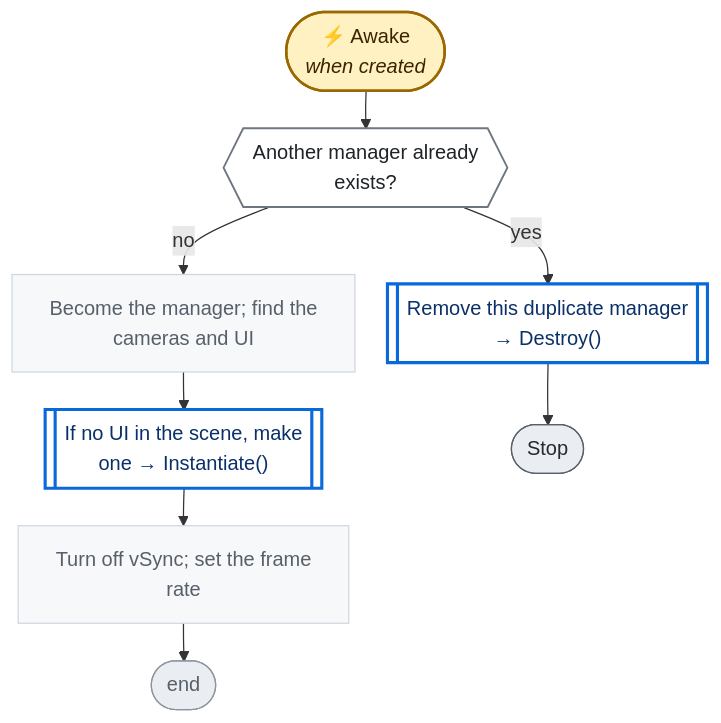
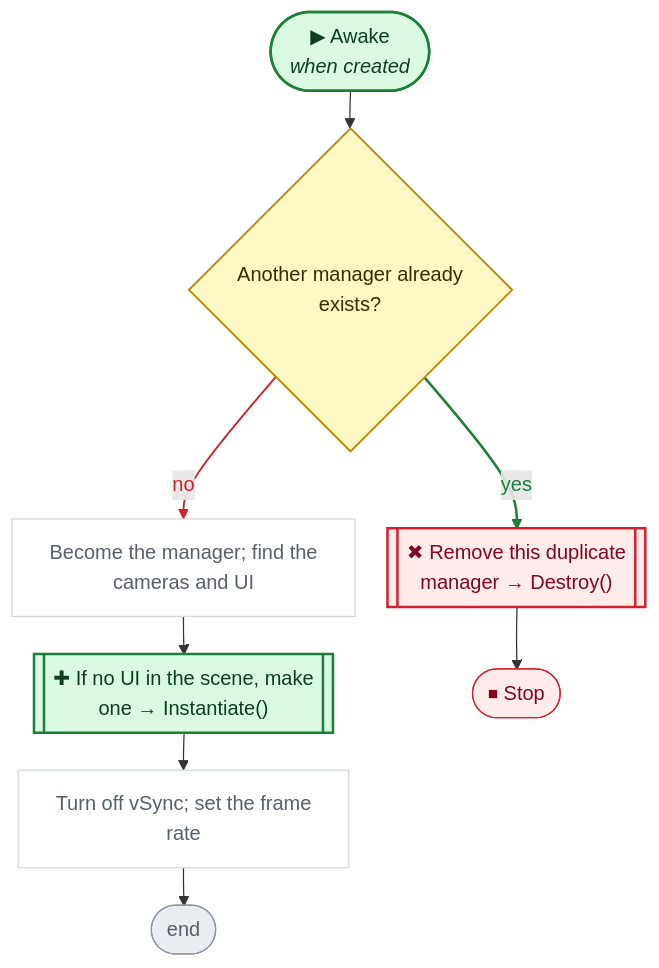
One commit to nataiai/Lord-of-the-Dungeon changed the second of 7 diagrams in CodeGraph~/graph/GameManager.cs.md. Above: the diagram before and after it, drawn with Mermaid. The commit also changed other lines of this file and 44 other files, not shown here.

````diff
--- a/CodeGraph~/graph/GameManager.cs.md
+++ b/CodeGraph~/graph/GameManager.cs.md
@@ -74,41 +74,48 @@
 ```mermaid
 ---
 config:
   flowchart:
     wrappingWidth: 260
     nodeSpacing: 26
     rankSpacing: 30
 ---
 flowchart TD
-  nS(["⚡ Awake<br><i>when created</i>"])
-  n824e86{{"Another manager already<br>exists?"}}
-  n0f111a[["Remove this duplicate manager<br>→ Destroy()"]]
+  nS(["▶ Awake<br><i>when created</i>"])
+  n824e86{"Another manager already<br>exists?"}
+  n0f111a[["✖ Remove this duplicate<br>manager → Destroy()"]]
   nbe6098["Become the manager; find the<br>cameras and UI"]
-  nb42b42[["If no UI in the scene, make<br>one → Instantiate()"]]
+  nb42b42[["✚ If no UI in the scene, make<br>one → Instantiate()"]]
   nd2144a["Turn off vSync; set the frame<br>rate"]
   nE(["end"])
-  nb2e4fc(["Stop"])
+  nb2e4fc(["⏹ Stop"])
   nS --> n824e86
   n0f111a --> nb2e4fc
   n824e86 -->|no| nbe6098
   n824e86 -->|yes| n0f111a
   nbe6098 --> nb42b42
   nb42b42 --> nd2144a
   nd2144a --> nE
-  classDef unity fill:#fff1c2,stroke:#9a6700,stroke-width:2px,color:#3b2300
-  classDef start fill:#ddf4ff,stroke:#0969da,stroke-width:2px,color:#0a3069
-  classDef calc fill:#f6f8fa,stroke:#d0d7de,color:#57606a
-  classDef calls fill:#ffffff,stroke:#0969da,stroke-width:2.5px,color:#0a3069
-  classDef cond fill:#ffffff,stroke:#6e7781,stroke-width:1.5px,color:#1f2328
-  classDef loop fill:#fbefff,stroke:#8250df,color:#3e1f79
-  classDef exit fill:#eaeef2,stroke:#57606a,color:#24292f
-  classDef wait fill:#fff8f0,stroke:#bc4c00,color:#4d1d00
+  linkStyle 2 stroke:#cf222e,stroke-width:1.5px,color:#cf222e
+  linkStyle 3 stroke:#1a7f37,stroke-width:2px,color:#1a7f37
+  classDef unity fill:#dafbe1,stroke:#1a7f37,stroke-width:2px,color:#0f3d1d
+  classDef start fill:#dafbe1,stroke:#1a7f37,stroke-width:2px,color:#0f3d1d
+  classDef calc fill:#ffffff,stroke:#d0d7de,color:#57606a
+  classDef calls fill:#ddf4ff,stroke:#0969da,stroke-width:2px,color:#0a3069
+  classDef ext fill:#ddf4ff,stroke:#0969da,stroke-width:2px,stroke-dasharray:5 3,color:#0a3069
+  classDef cond fill:#fff8c5,stroke:#bf8700,stroke-width:1.5px,color:#3d2a00
+  classDef loop fill:#f6f8fa,stroke:#57606a,color:#1f2328
+  classDef exit fill:#ffebe9,stroke:#cf222e,color:#82071e
+  classDef kill fill:#ffebe9,stroke:#cf222e,stroke-width:2px,color:#82071e
+  classDef spawn fill:#dafbe1,stroke:#1a7f37,stroke-width:2px,color:#0f3d1d
+  classDef wait fill:#fff1e5,stroke:#bc4c00,color:#4d1d00
   classDef fin fill:#eaeef2,stroke:#8c959f,color:#57606a
   classDef join fill:#d0d7de,stroke:#8c959f,color:#57606a
+  classDef ghdr fill:#f5f9ff,stroke:#f5f9ff,color:#0a3069,font-weight:bold
   class nbe6098,nd2144a calc
-  class n0f111a,nb42b42 calls
   class n824e86 cond
   class nb2e4fc exit
   class nE fin
+  class n0f111a kill
+  class nb42b42 spawn
   class nS unity
 ```
````
